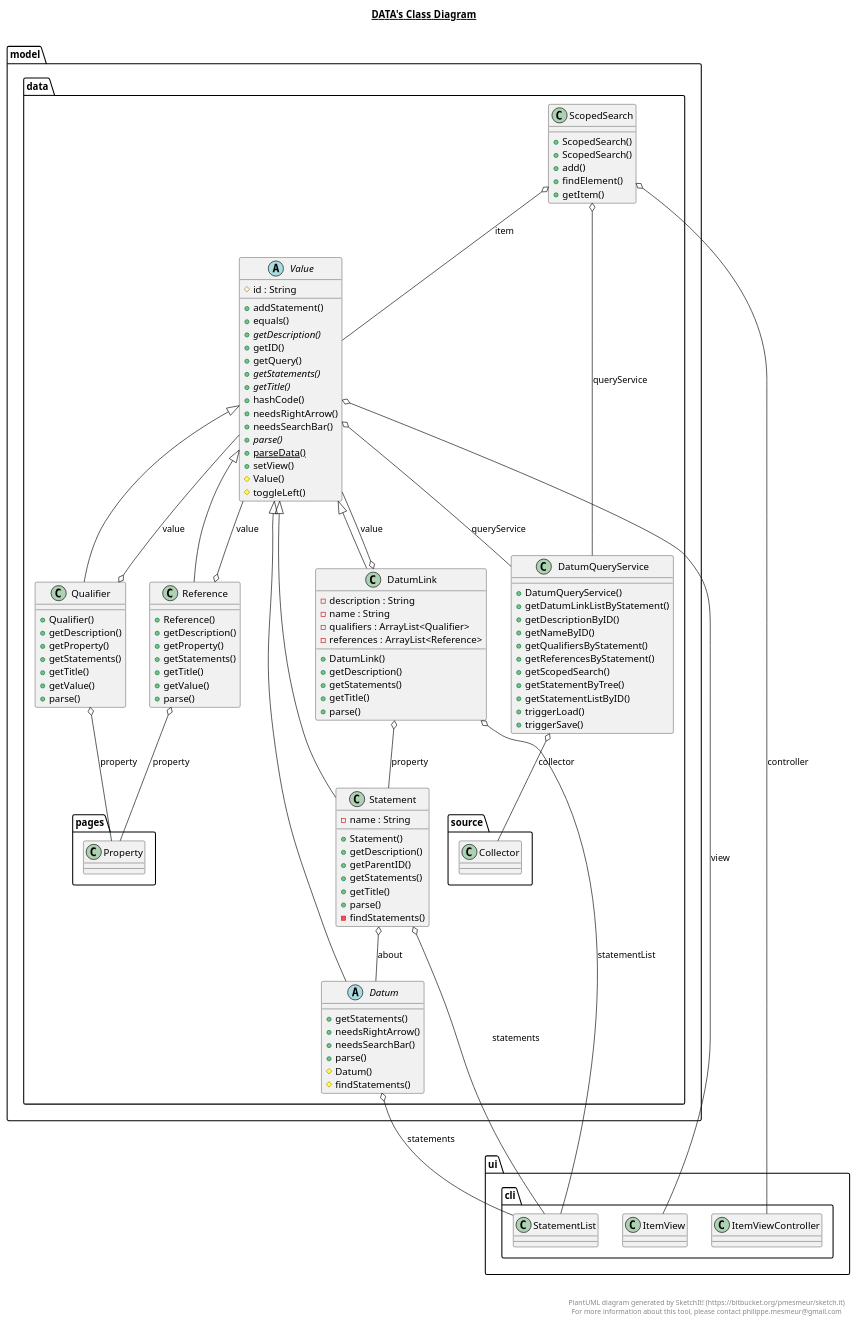
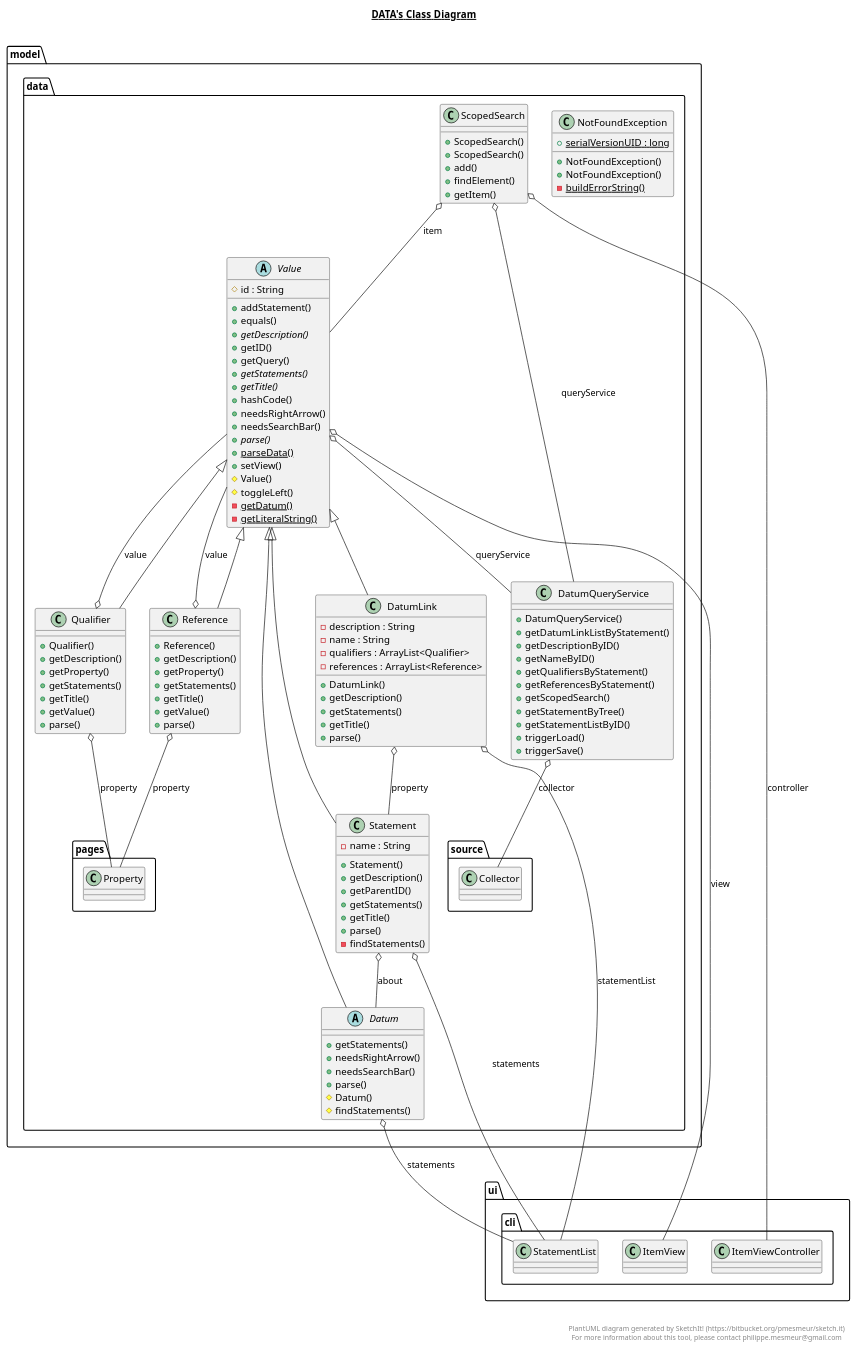
The diagram in src/main/model/data/data.plantuml (Bryce-MW/WikidataExplorer), drawn with PlantUML before and after one commit. The commit also changed 28 other files, not shown here.

Commit message:
Tested about as much as can reasonably be done without a lot of reflection. I've also updated diagrams, added an image diagram to the top level and a screenshot of my original UI design to the top level.

```diff
--- a/src/main/model/data/data.plantuml
+++ b/src/main/model/data/data.plantuml
@@ -1,152 +1,163 @@
 @startuml
 
 title __DATA's Class Diagram__\n
 
   namespace model.data {
     abstract class model.data.Datum {
         + getStatements()
         + needsRightArrow()
         + needsSearchBar()
         + parse()
         # Datum()
         # findStatements()
     }
   }
   
 
   namespace model.data {
     class model.data.DatumLink {
         - description : String
         - name : String
         - qualifiers : ArrayList<Qualifier>
         - references : ArrayList<Reference>
         + DatumLink()
         + getDescription()
         + getStatements()
         + getTitle()
         + parse()
     }
   }
   
 
   namespace model.data {
     class model.data.DatumQueryService {
         + DatumQueryService()
         + getDatumLinkListByStatement()
         + getDescriptionByID()
         + getNameByID()
         + getQualifiersByStatement()
         + getReferencesByStatement()
         + getScopedSearch()
         + getStatementByTree()
         + getStatementListByID()
         + triggerLoad()
         + triggerSave()
+    }
+  }
+  
+
+  namespace model.data {
+    class model.data.NotFoundException {
+        {static} + serialVersionUID : long
+        + NotFoundException()
+        + NotFoundException()
+        {static} - buildErrorString()
     }
   }
   
 
   namespace model.data {
     class model.data.Qualifier {
         + Qualifier()
         + getDescription()
         + getProperty()
         + getStatements()
         + getTitle()
         + getValue()
         + parse()
     }
   }
   
 
   namespace model.data {
     class model.data.Reference {
         + Reference()
         + getDescription()
         + getProperty()
         + getStatements()
         + getTitle()
         + getValue()
         + parse()
     }
   }
   
 
   namespace model.data {
     class model.data.ScopedSearch {
         + ScopedSearch()
         + ScopedSearch()
         + add()
         + findElement()
         + getItem()
     }
   }
   
 
   namespace model.data {
     class model.data.Statement {
         - name : String
         + Statement()
         + getDescription()
         + getParentID()
         + getStatements()
         + getTitle()
         + parse()
         - findStatements()
     }
   }
   
 
   namespace model.data {
     abstract class model.data.Value {
         # id : String
         + addStatement()
         + equals()
         {abstract} + getDescription()
         + getID()
         + getQuery()
         {abstract} + getStatements()
         {abstract} + getTitle()
         + hashCode()
         + needsRightArrow()
         + needsSearchBar()
         {abstract} + parse()
         {static} + parseData()
         + setView()
         # Value()
         # toggleLeft()
+        {static} - getDatum()
+        {static} - getLiteralString()
     }
   }
   
 
   model.data.Datum -up-|> model.data.Value
   model.data.Datum o-- ui.cli.StatementList : statements
   model.data.DatumLink -up-|> model.data.Value
   model.data.DatumLink o-- model.data.Statement : property
   model.data.DatumLink o-- ui.cli.StatementList : statementList
-  model.data.DatumLink o-- model.data.Value : value
   model.data.DatumQueryService o-- model.data.source.Collector : collector
   model.data.Qualifier -up-|> model.data.Value
   model.data.Qualifier o-- model.data.pages.Property : property
   model.data.Qualifier o-- model.data.Value : value
   model.data.Reference -up-|> model.data.Value
   model.data.Reference o-- model.data.pages.Property : property
   model.data.Reference o-- model.data.Value : value
   model.data.ScopedSearch o-- ui.cli.ItemViewController : controller
   model.data.ScopedSearch o-- model.data.Value : item
   model.data.ScopedSearch o-- model.data.DatumQueryService : queryService
   model.data.Statement -up-|> model.data.Value
   model.data.Statement o-- model.data.Datum : about
   model.data.Statement o-- ui.cli.StatementList : statements
   model.data.Value o-- model.data.DatumQueryService : queryService
   model.data.Value o-- ui.cli.ItemView : view
 
 
 right footer
 
 
 PlantUML diagram generated by SketchIt! (https://bitbucket.org/pmesmeur/sketch.it)
 For more information about this tool, please contact philippe.mesmeur@gmail.com
 endfooter
 
 @enduml
```
